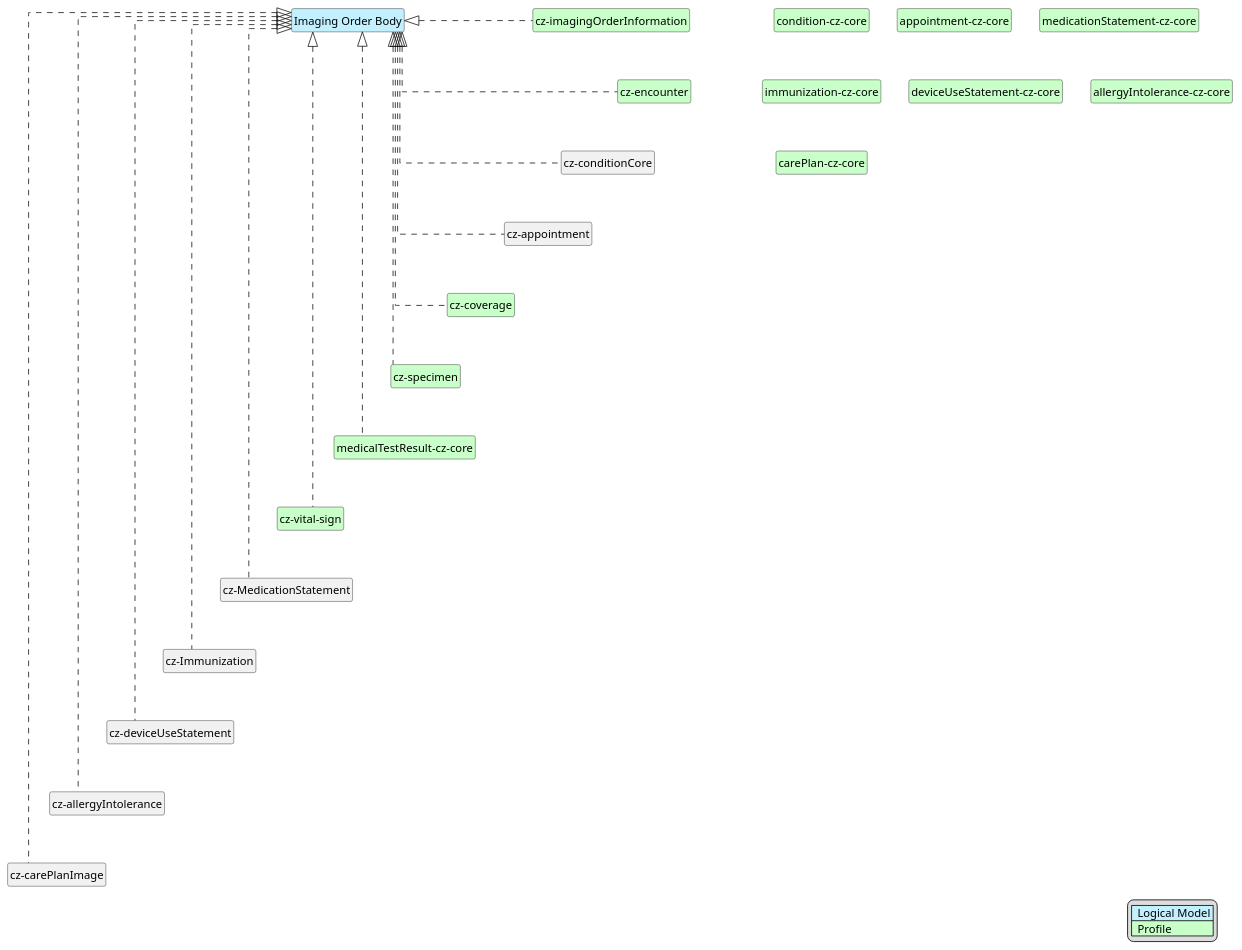
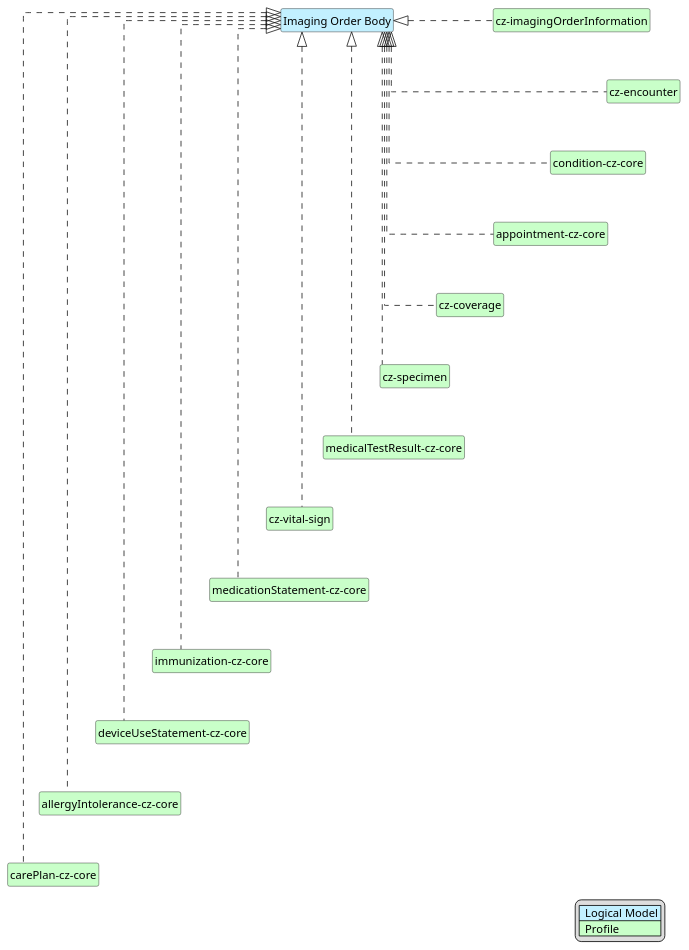
Before and after one commit to HL7-cz/img-order: the diagram in input/images-source/imgOrderBody-map.plantuml, drawn with PlantUML. The commit also changed 1 other file, not shown here.

Commit message:
Fix plantuml of body mapping

```diff
--- a/input/images-source/imgOrderBody-map.plantuml
+++ b/input/images-source/imgOrderBody-map.plantuml
@@ -1,58 +1,58 @@
 @startuml
 hide circle
 hide stereotype
 hide members
 hide methods
 skinparam linetype ortho
 skinparam class {
 BackgroundColor<<LogicalModel>> #APPLICATION
 BackgroundColor<<Profile>> #TECHNOLOGY
 }
 legend right
 | <#APPLICATION>  Logical Model |
 | <#TECHNOLOGY>  Profile |
 endlegend
 class "Imaging Order Body" <<LogicalModel>> [[StructureDefinition-BodyImageOrderCz.html]]
 
 class "cz-imagingOrderInformation" <<Profile>> [[StructureDefinition-cz-imagingOrderInformation.html]]
 class "condition-cz-core" <<Profile>> [[https://hl7.cz/fhir/core/StructureDefinition-condition-cz-core.html]]
 class "cz-encounter" <<Profile>> [[https://hl7.cz/fhir/core/StructureDefinition-cz-encounter.html]]
 class "cz-coverage" <<Profile>> [[https://hl7.cz/fhir/core/StructureDefinition-cz-coverage.html]]
 class "appointment-cz-core" <<Profile>> [[https://hl7.cz/fhir/core/StructureDefinition-appointment-cz-core.html]]
 class "cz-specimen" <<Profile>> [[https://hl7.cz/fhir/core/StructureDefinition-cz-specimen.html]]
 class "medicalTestResult-cz-core" <<Profile>> [[https://hl7.cz/fhir/core/StructureDefinition-medicalTestResult-cz-core.html]]
 class "cz-vital-sign" <<Profile>> [[StructureDefinition-cz-vital-sign.html]]
 class "medicationStatement-cz-core" <<Profile>> [[https://hl7.cz/fhir/core/StructureDefinition-medicationStatement-cz-core.html]]
 class "immunization-cz-core" <<Profile>> [[https://hl7.cz/fhir/core/StructureDefinition-immunization-cz-core.html]]
 class "deviceUseStatement-cz-core" <<Profile>> [[https://hl7.cz/fhir/core/StructureDefinition-deviceUseStatement-cz-core.html]]
 class "allergyIntolerance-cz-core" <<Profile>> [[https://hl7.cz/fhir/core/StructureDefinition-allergyIntolerance-cz-core.html]]
 class "carePlan-cz-core" <<Profile>> [[https://hl7.cz/fhir/core/StructureDefinition-carePlan-cz-core.html]]
 
 "Imaging Order Body" <|. "cz-imagingOrderInformation"
-"Imaging Order Body" <|. "cz-appointment"
+"Imaging Order Body" <|. "appointment-cz-core"
 "Imaging Order Body" <|. "cz-coverage"
-"Imaging Order Body" <|. "cz-conditionCore"
+"Imaging Order Body" <|. "condition-cz-core"
 "Imaging Order Body" <|. "cz-encounter"
 "Imaging Order Body" <|. "cz-specimen"
 "Imaging Order Body" <|. "medicalTestResult-cz-core"
 "Imaging Order Body" <|. "cz-vital-sign"
-"Imaging Order Body" <|. "cz-MedicationStatement"
-"Imaging Order Body" <|. "cz-Immunization"
-"Imaging Order Body" <|. "cz-deviceUseStatement"
-"Imaging Order Body" <|. "cz-allergyIntolerance"
-"Imaging Order Body" <|. "cz-carePlanImage"
+"Imaging Order Body" <|. "medicationStatement-cz-core"
+"Imaging Order Body" <|. "immunization-cz-core"
+"Imaging Order Body" <|. "deviceUseStatement-cz-core"
+"Imaging Order Body" <|. "allergyIntolerance-cz-core"
+"Imaging Order Body" <|. "carePlan-cz-core"
 
 "cz-imagingOrderInformation" -d[hidden]-> "cz-encounter"
-"cz-encounter" -d[hidden]-> "cz-conditionCore"
-"cz-conditionCore" -d[hidden]-> "cz-appointment"
-"cz-appointment" -d[hidden]-> "cz-coverage"
+"cz-encounter" -d[hidden]-> "condition-cz-core"
+"condition-cz-core" -d[hidden]-> "appointment-cz-core"
+"appointment-cz-core" -d[hidden]-> "cz-coverage"
 "cz-coverage" -d[hidden]-> "cz-specimen"
 "cz-specimen" -d[hidden]-> "medicalTestResult-cz-core"
 "medicalTestResult-cz-core" -d[hidden]-> "cz-vital-sign"
-"cz-vital-sign" -d[hidden]-> "cz-MedicationStatement"
-"cz-MedicationStatement" -d[hidden]-> "cz-Immunization"
-"cz-Immunization" -d[hidden]-> "cz-deviceUseStatement"
-"cz-deviceUseStatement" -d[hidden]-> "cz-allergyIntolerance"
-"cz-allergyIntolerance" -d[hidden]-> "cz-carePlanImage"
+"cz-vital-sign" -d[hidden]-> "medicationStatement-cz-core"
+"medicationStatement-cz-core" -d[hidden]-> "immunization-cz-core"
+"immunization-cz-core" -d[hidden]-> "deviceUseStatement-cz-core"
+"deviceUseStatement-cz-core" -d[hidden]-> "allergyIntolerance-cz-core"
+"allergyIntolerance-cz-core" -d[hidden]-> "carePlan-cz-core"
 
 @enduml
```
